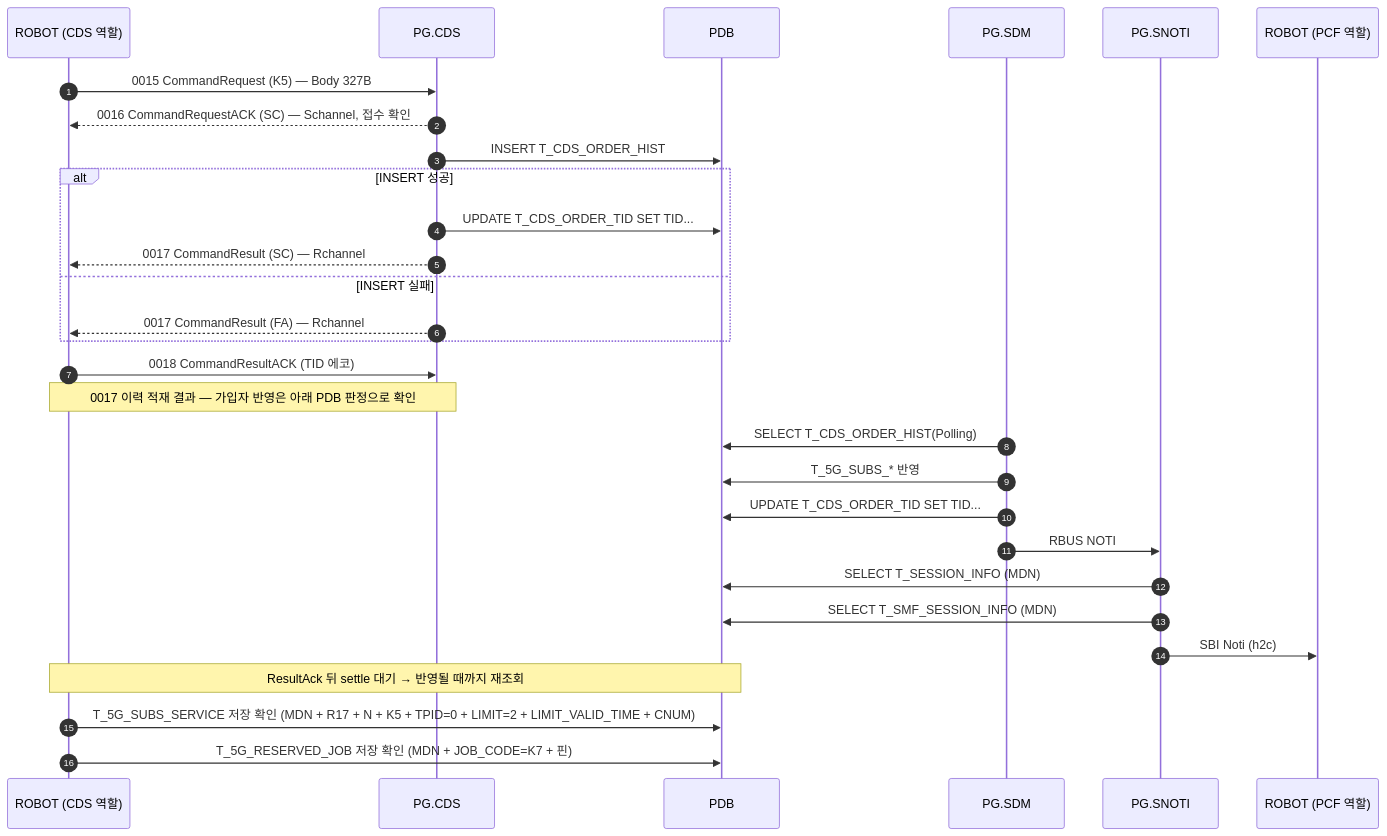
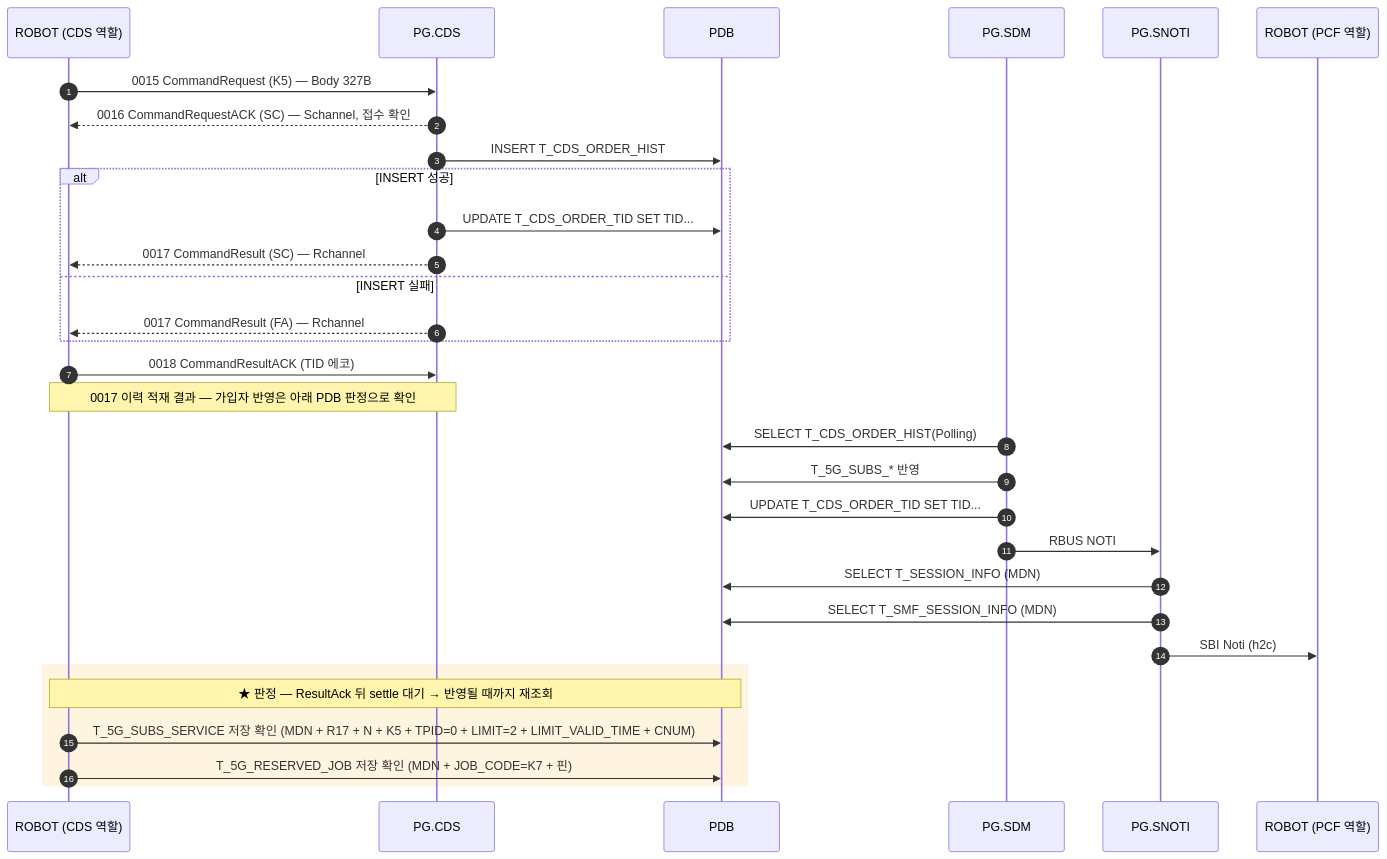
One commit to IanKim2030/tc4robot changed the diagram in docs/callflow/CDS_K5.md. Above: the diagram before and after it, drawn with Mermaid. The commit also changed 19 other files, not shown here.

````diff
--- a/docs/callflow/CDS_K5.md
+++ b/docs/callflow/CDS_K5.md
@@ -17,33 +17,35 @@
 ```mermaid
 sequenceDiagram
     autonumber
     participant TOOL as ROBOT (CDS 역할)
     participant PCDS as PG.CDS
     participant PDB as PDB
     participant SDM as PG.SDM
     participant SNOTI as PG.SNOTI
     participant PCF as ROBOT (PCF 역할)
 
     TOOL->>PCDS: 0015 CommandRequest (K5) — Body 327B
     PCDS-->>TOOL: 0016 CommandRequestACK (SC) — Schannel, 접수 확인
     PCDS->>PDB: INSERT T_CDS_ORDER_HIST
     alt INSERT 성공
         PCDS->>PDB: UPDATE T_CDS_ORDER_TID SET TID...
         PCDS-->>TOOL: 0017 CommandResult (SC) — Rchannel
     else INSERT 실패
         PCDS-->>TOOL: 0017 CommandResult (FA) — Rchannel
     end
     TOOL->>PCDS: 0018 CommandResultACK (TID 에코)
     Note over TOOL,PCDS: 0017 이력 적재 결과 — 가입자 반영은 아래 PDB 판정으로 확인
 
     SDM->>PDB: SELECT T_CDS_ORDER_HIST(Polling)
     SDM->>PDB: T_5G_SUBS_* 반영
     SDM->>PDB: UPDATE T_CDS_ORDER_TID SET TID...
     SDM->>SNOTI: RBUS NOTI
     SNOTI->>PDB: SELECT T_SESSION_INFO (MDN)
     SNOTI->>PDB: SELECT T_SMF_SESSION_INFO (MDN)
     SNOTI->>PCF: SBI Noti (h2c)
-    Note over TOOL,PDB: ResultAck 뒤 settle 대기 → 반영될 때까지 재조회
-    TOOL->>PDB: T_5G_SUBS_SERVICE 저장 확인 (MDN + R17 + N + K5 + TPID=0 + LIMIT=2 + LIMIT_VALID_TIME + CNUM)
-    TOOL->>PDB: T_5G_RESERVED_JOB 저장 확인 (MDN + JOB_CODE=K7 + 핀)
+    rect rgba(255, 176, 32, 0.14)
+    Note over TOOL,PDB: ★ 판정 — ResultAck 뒤 settle 대기 → 반영될 때까지 재조회
+        TOOL->>PDB: T_5G_SUBS_SERVICE 저장 확인 (MDN + R17 + N + K5 + TPID=0 + LIMIT=2 + LIMIT_VALID_TIME + CNUM)
+        TOOL->>PDB: T_5G_RESERVED_JOB 저장 확인 (MDN + JOB_CODE=K7 + 핀)
+    end
 ```
````
